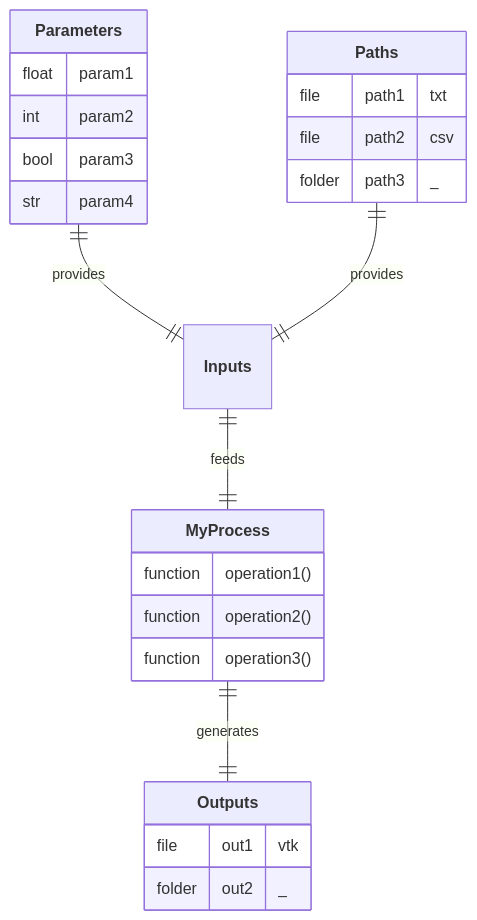
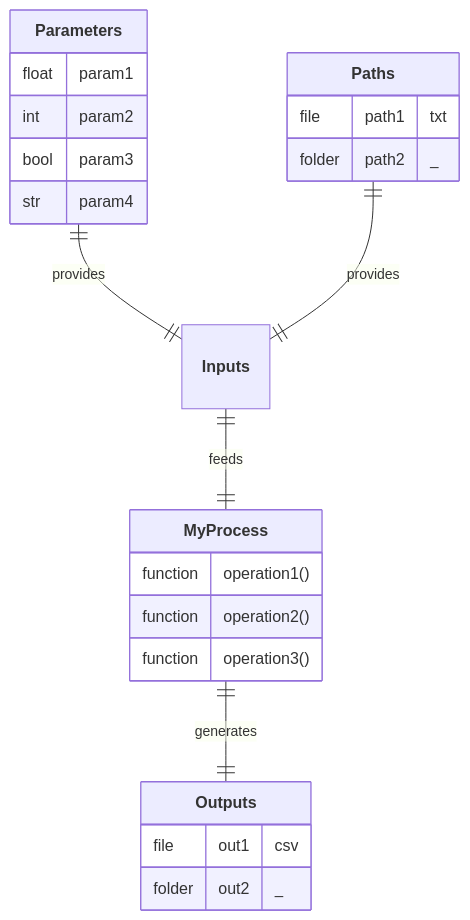
One commit to nuremics/nuremics changed the third of 9 diagrams in README.md. Above: the diagram before and after it, drawn with Mermaid. The commit also changed other lines of this file, not shown here.

````diff
--- a/README.md
+++ b/README.md
@@ -127,28 +125,27 @@
 ```mermaid
 erDiagram
   **Parameters** ||--|| **Inputs** : provides
   **Paths** ||--|| **Inputs** : provides
   **Inputs** ||--|| **MyProcess** : feeds
   **MyProcess** ||--|| **Outputs** : generates
 
   **Parameters** {
     float param1
     int param2
     bool param3
     str param4
   }
   **Paths** {
     file path1 "txt"
-    file path2 "csv"
-    folder path3 "_"
+    folder path2 "_"
   }
   **MyProcess** {
     function operation1()
     function operation2()
     function operation3()
   }
   **Outputs** {
-    file out1 "vtk"
+    file out1 "csv"
     folder out2 "_"
   }
 ```
````
